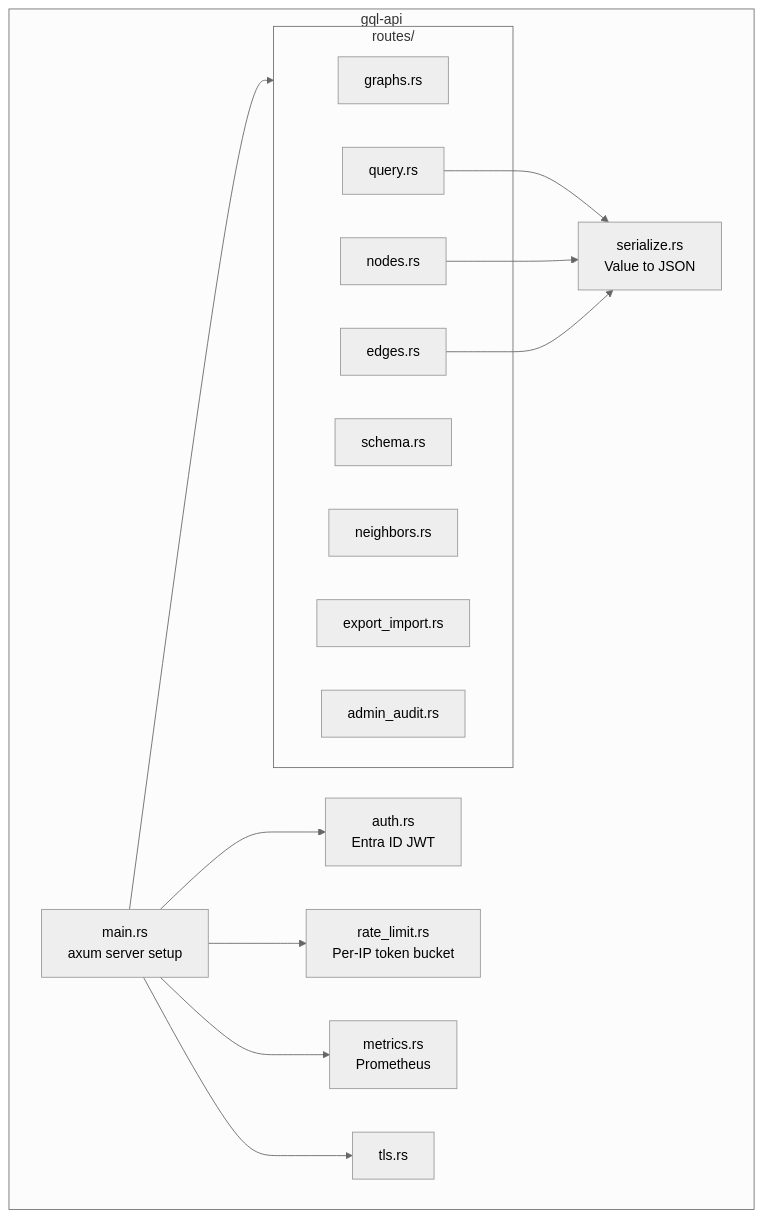
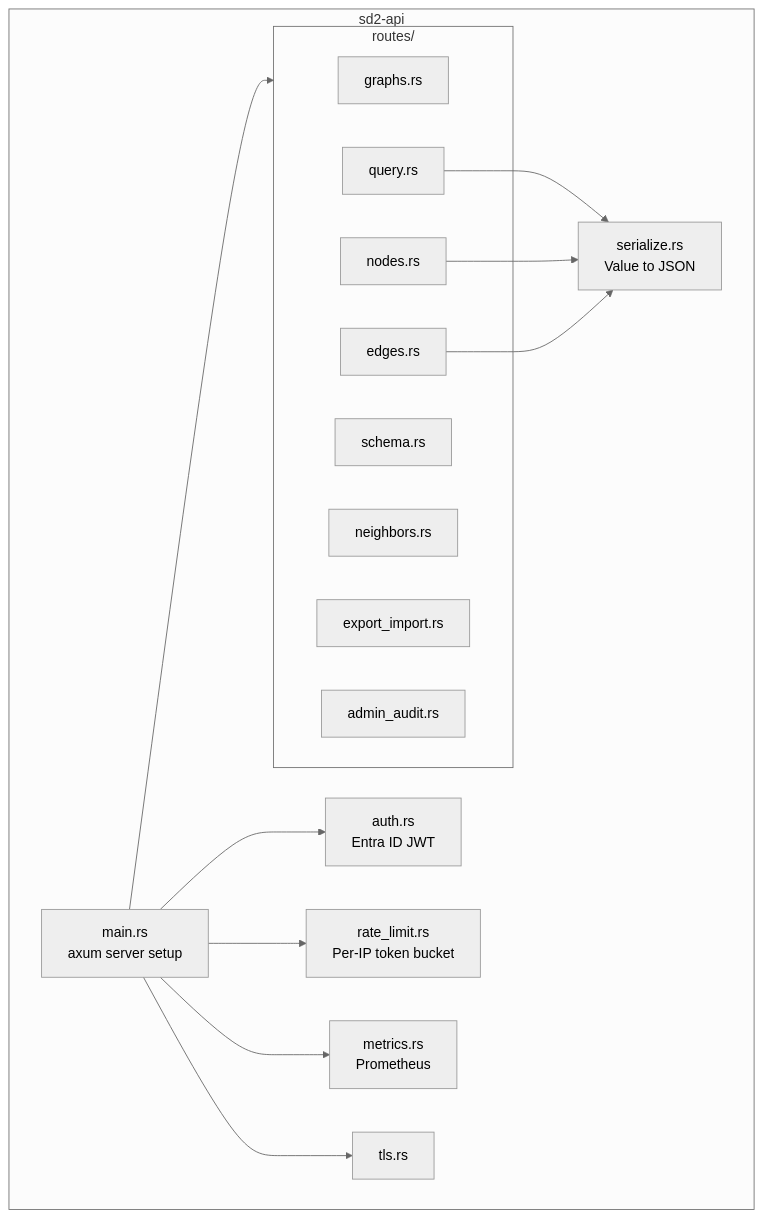
One commit to rysweet/SedanDelivery changed the diagram in docs/atlas/service-components/gql-api.mmd. Above: the diagram before and after it, drawn with Mermaid (neutral theme). The commit also changed 191 other files, not shown here.

First line of the commit message:
refactor: rename gql-module, gql-redis-store, gql-api to sd2- prefix (#1097)

```diff
--- a/docs/atlas/service-components/gql-api.mmd
+++ b/docs/atlas/service-components/gql-api.mmd
@@ -1,30 +1,30 @@
 graph TD
-    subgraph api_crate["gql-api"]
+    subgraph api_crate["sd2-api"]
         api_main["main.rs\naxum server setup"]
 
         subgraph routes_mod["routes/"]
             r_graphs["graphs.rs"]
             r_nodes["nodes.rs"]
             r_edges["edges.rs"]
             r_query["query.rs"]
             r_schema["schema.rs"]
             r_neighbors["neighbors.rs"]
             r_export["export_import.rs"]
             r_admin["admin_audit.rs"]
         end
 
         auth["auth.rs\nEntra ID JWT"]
         rate_limit["rate_limit.rs\nPer-IP token bucket"]
         metrics_api["metrics.rs\nPrometheus"]
         tls_mod["tls.rs"]
         serialize["serialize.rs\nValue to JSON"]
     end
 
     api_main --> routes_mod
     api_main --> auth
     api_main --> rate_limit
     api_main --> metrics_api
     api_main --> tls_mod
     r_query --> serialize
     r_nodes --> serialize
     r_edges --> serialize
```
